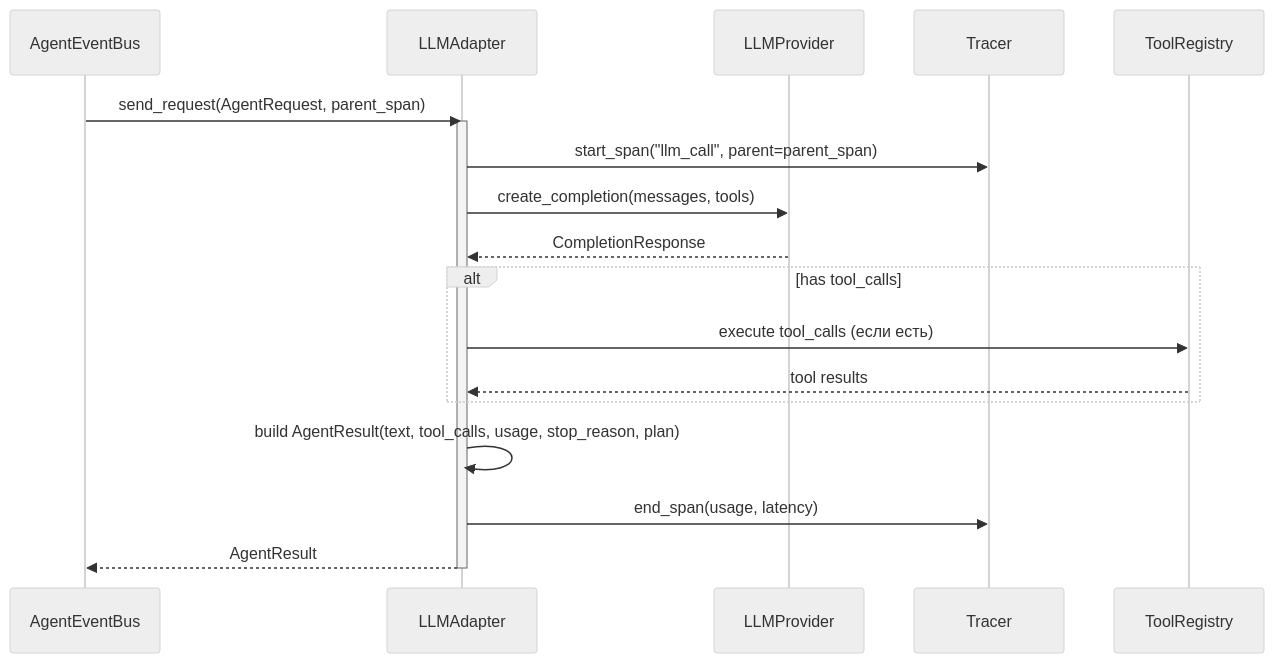
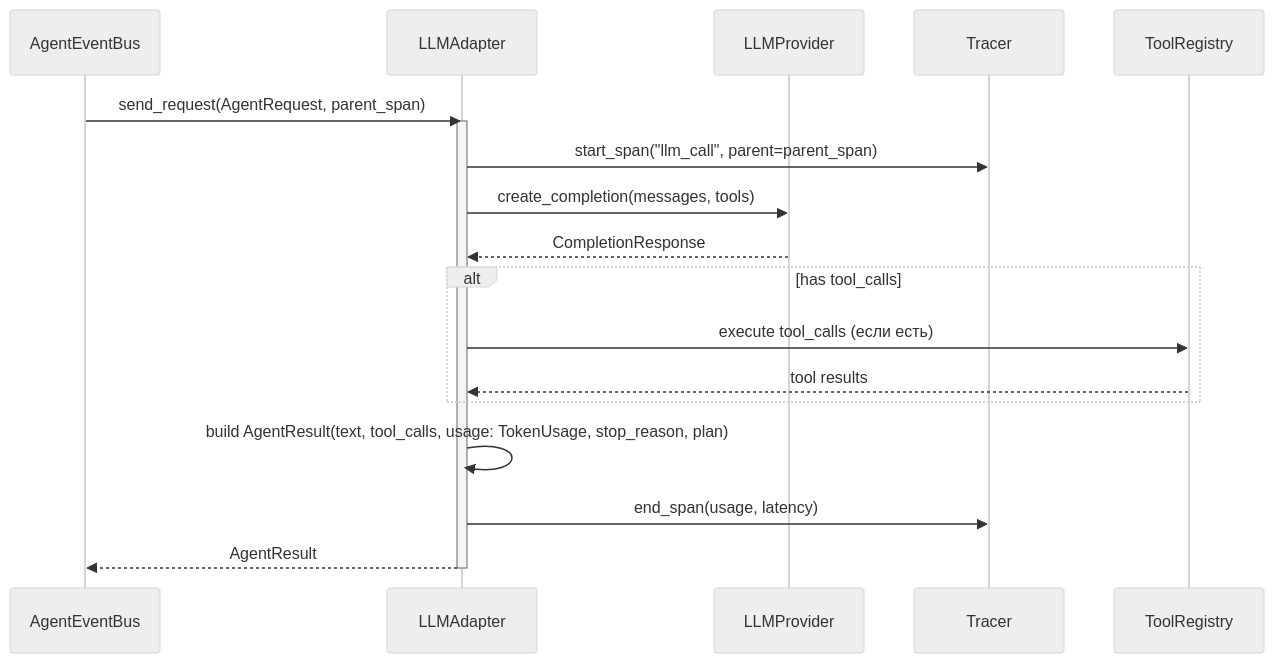
One commit to pese-git/codelab-agent changed the diagram in openspec/changes/multiagent-llm-adapter/proposal.md. Above: the diagram before and after it, drawn with Mermaid (neutral theme). The commit also changed other lines of this file and 17 other files, not shown here.

````diff
--- a/openspec/changes/multiagent-llm-adapter/proposal.md
+++ b/openspec/changes/multiagent-llm-adapter/proposal.md
@@ -45,22 +48,22 @@
 ```mermaid
 sequenceDiagram
     participant EventBus as AgentEventBus
     participant Adapter as LLMAdapter
     participant LLM as LLMProvider
     participant Tracer as Tracer
     participant Tools as ToolRegistry
 
     EventBus->>Adapter: send_request(AgentRequest, parent_span)
     activate Adapter
     Adapter->>Tracer: start_span("llm_call", parent=parent_span)
     Adapter->>LLM: create_completion(messages, tools)
     LLM-->>Adapter: CompletionResponse
     alt has tool_calls
         Adapter->>Tools: execute tool_calls (если есть)
         Tools-->>Adapter: tool results
     end
-    Adapter->>Adapter: build AgentResult(text, tool_calls, usage, stop_reason, plan)
+    Adapter->>Adapter: build AgentResult(text, tool_calls, usage: TokenUsage, stop_reason, plan)
     Adapter->>Tracer: end_span(usage, latency)
     Adapter-->>EventBus: AgentResult
     deactivate Adapter
 ```
````
